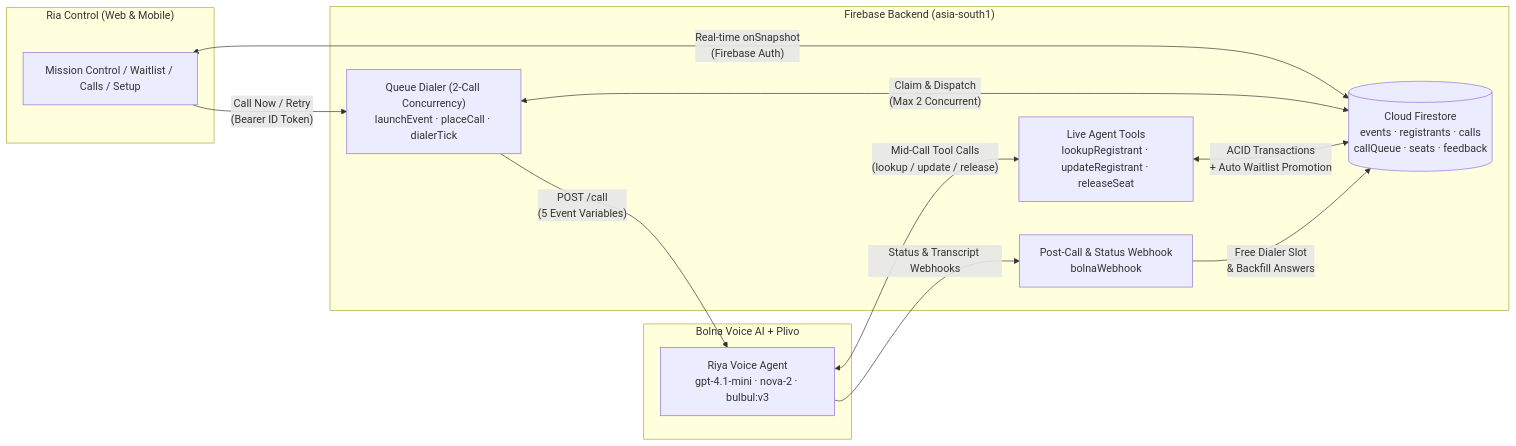
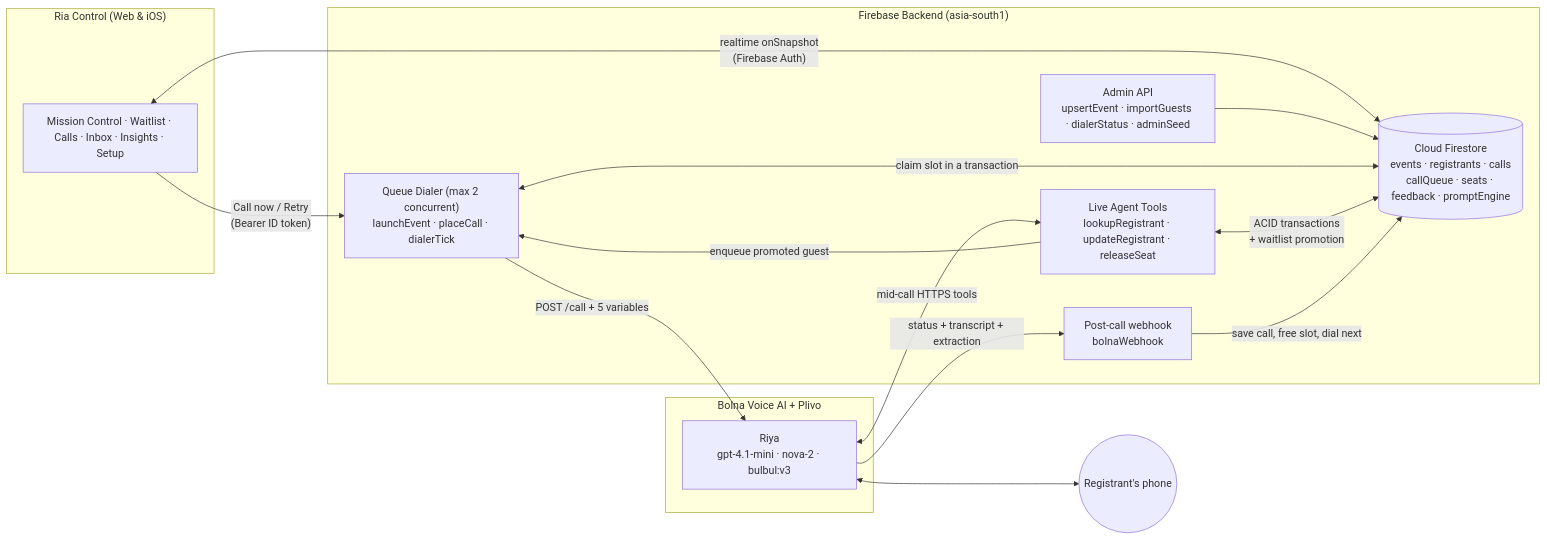
One commit to ComputerTech99/riya-event-ops changed the first of 2 diagrams in README.md. Above: the diagram before and after it, drawn with Mermaid. The commit also changed other lines of this file and 2 other files, not shown here.

Commit message:
Write detailed single-repo README covering agent, backend and dashboard

````diff
--- a/README.md
+++ b/README.md
@@ -15,26 +109,32 @@
 ```mermaid
 flowchart LR
-    subgraph Organizer["Ria Control (Web & Mobile)"]
-        UI["Mission Control / Waitlist / Calls / Setup"]
+    subgraph Organizer["Ria Control (Web & iOS)"]
+        UI["Mission Control · Waitlist · Calls · Inbox · Insights · Setup"]
     end
 
     subgraph Firebase["Firebase Backend (asia-south1)"]
-        FS[("Cloud Firestore\nevents · registrants · calls\ncallQueue · seats · feedback")]
-        Dialer["Queue Dialer (2-Call Concurrency)\nlaunchEvent · placeCall · dialerTick"]
+        FS[("Cloud Firestore\nevents · registrants · calls\ncallQueue · seats · feedback · promptEngine")]
+        Dialer["Queue Dialer (max 2 concurrent)\nlaunchEvent · placeCall · dialerTick"]
         Tools["Live Agent Tools\nlookupRegistrant · updateRegistrant · releaseSeat"]
-        Webhook["Post-Call & Status Webhook\nbolnaWebhook"]
+        Webhook["Post-call webhook\nbolnaWebhook"]
+        Admin["Admin API\nupsertEvent · importGuests · dialerStatus · adminSeed"]
     end
 
     subgraph Bolna["Bolna Voice AI + Plivo"]
-        Agent["Riya Voice Agent\ngpt-4.1-mini · nova-2 · bulbul:v3"]
+        Agent["Riya\ngpt-4.1-mini · nova-2 · bulbul:v3"]
     end
 
-    UI <-->|"Real-time onSnapshot\n(Firebase Auth)"| FS
-    UI -->|"Call Now / Retry\n(Bearer ID Token)"| Dialer
-    Dialer <-->|"Claim & Dispatch\n(Max 2 Concurrent)"| FS
-    Dialer -->|"POST /call\n(5 Event Variables)"| Agent
-    Agent <-->|"Mid-Call Tool Calls\n(lookup / update / release)"| Tools
-    Tools <-->|"ACID Transactions\n+ Auto Waitlist Promotion"| FS
-    Agent -->|"Status & Transcript Webhooks"| Webhook
-    Webhook -->|"Free Dialer Slot\n& Backfill Answers"| FS
+    Phone(("Registrant's phone"))
+
+    UI <-->|"realtime onSnapshot\n(Firebase Auth)"| FS
+    UI -->|"Call now / Retry\n(Bearer ID token)"| Dialer
+    Admin --> FS
+    Dialer <-->|"claim slot in a transaction"| FS
+    Dialer -->|"POST /call + 5 variables"| Agent
+    Agent <--> Phone
+    Agent <-->|"mid-call HTTPS tools"| Tools
+    Tools <-->|"ACID transactions\n+ waitlist promotion"| FS
+    Tools -->|"enqueue promoted guest"| Dialer
+    Agent -->|"status + transcript + extraction"| Webhook
+    Webhook -->|"save call, free slot, dial next"| FS
 ```
````
